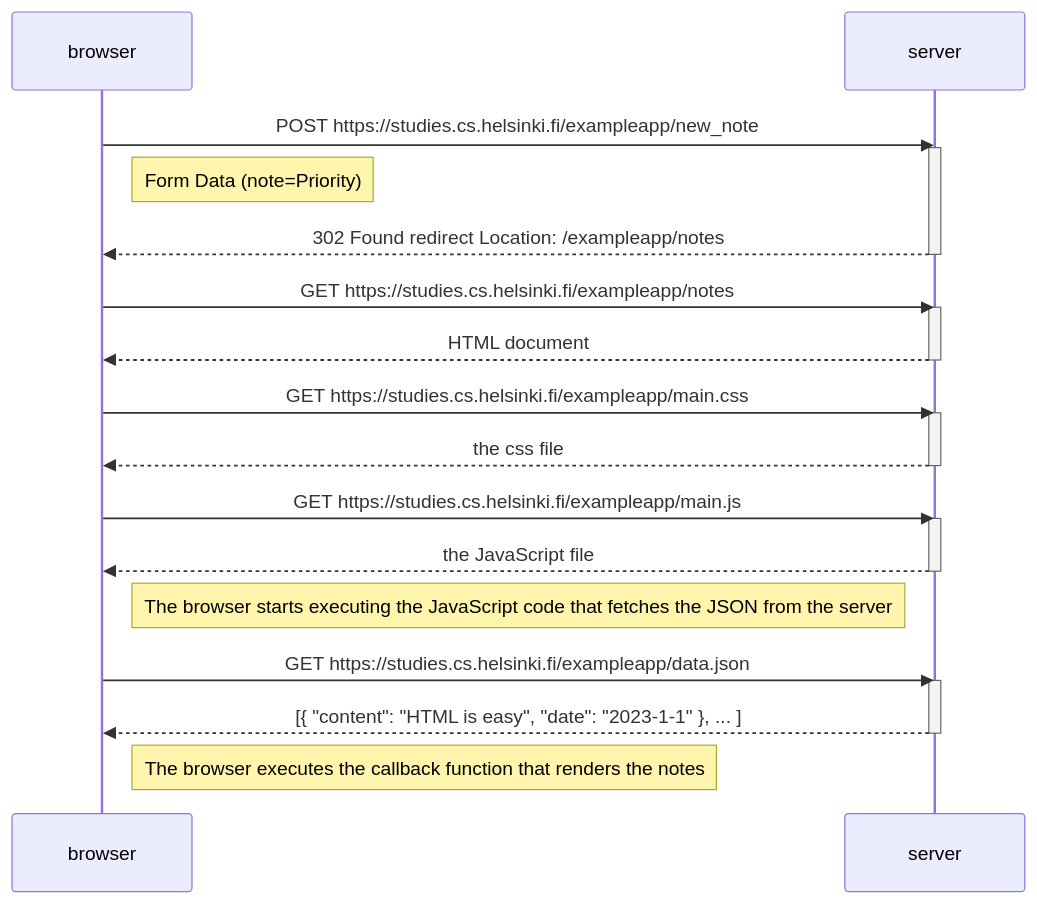
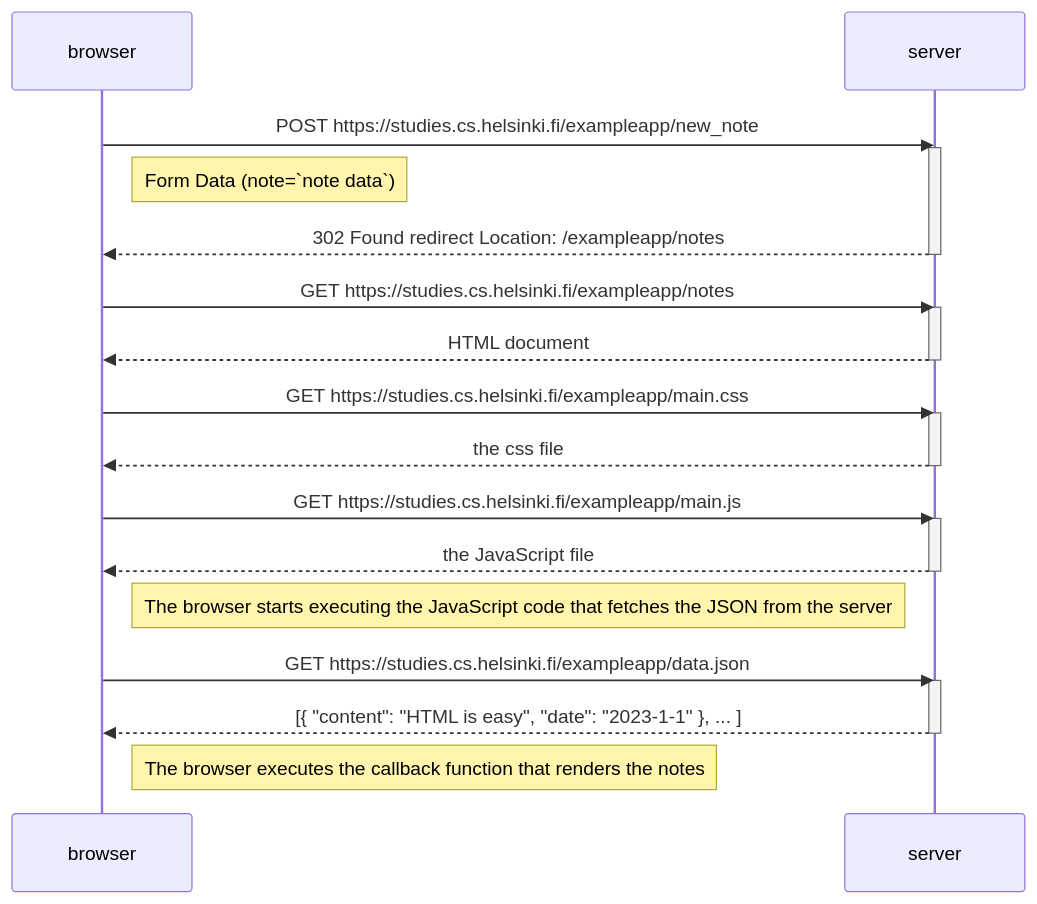
Before and after one commit to Anton-Gadiyatov/fullstackopen2024: the diagram in part0/04.md, drawn with Mermaid.

````diff
--- a/part0/04.md
+++ b/part0/04.md
@@ -1,36 +1,36 @@
 ```mermaid
 sequenceDiagram
 participant browser
 participant server
 
     browser->>server: POST https://studies.cs.helsinki.fi/exampleapp/new_note
     activate server
-    Note right of browser: Form Data (note=Priority)
+    Note right of browser: Form Data (note=`note data`)
     server-->>browser: 302 Found redirect Location: /exampleapp/notes
     deactivate server
 
 
     browser->>server: GET https://studies.cs.helsinki.fi/exampleapp/notes
     activate server
     server-->>browser: HTML document
     deactivate server
 
     browser->>server: GET https://studies.cs.helsinki.fi/exampleapp/main.css
     activate server
     server-->>browser: the css file
     deactivate server
 
     browser->>server: GET https://studies.cs.helsinki.fi/exampleapp/main.js
     activate server
     server-->>browser: the JavaScript file
     deactivate server
 
     Note right of browser: The browser starts executing the JavaScript code that fetches the JSON from the server
 
     browser->>server: GET https://studies.cs.helsinki.fi/exampleapp/data.json
     activate server
     server-->>browser: [{ "content": "HTML is easy", "date": "2023-1-1" }, ... ]
     deactivate server
 
     Note right of browser: The browser executes the callback function that renders the notes
 ```
````
